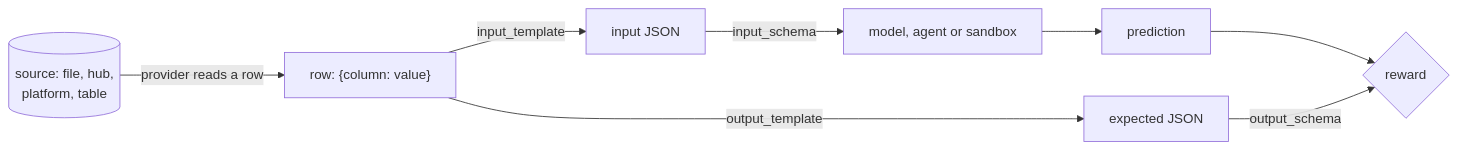
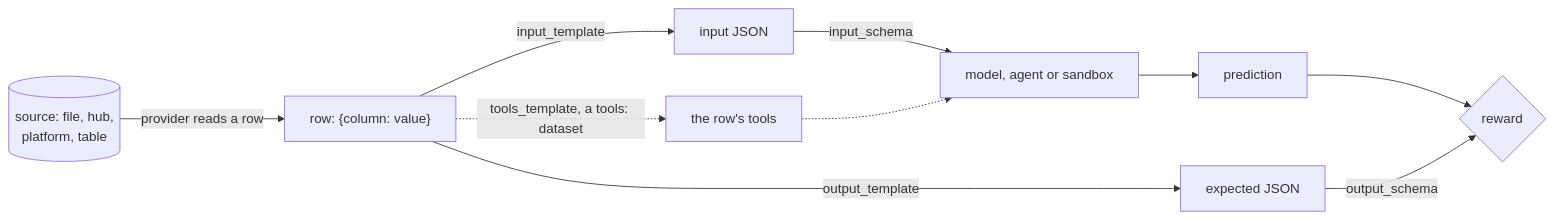
Before and after one commit to Atena-IT/open-arena: the first of 2 diagrams in docs/guides/datasets.md, drawn with Mermaid. The commit also changed other lines of this file and 24 other files, not shown here.

````diff
--- a/docs/guides/datasets.md
+++ b/docs/guides/datasets.md
@@ -10,10 +10,12 @@
 ```mermaid
 flowchart LR
   S[(source: file, hub,<br/>platform, table)] -->|provider reads a row| R["row: {column: value}"]
   R -->|input_template| I[input JSON]
   R -->|output_template| O[expected JSON]
+  R -.->|tools_template, a tools: dataset| T[the row's tools]
   I -->|input_schema| M[model, agent or sandbox]
+  T -.-> M
   M --> P[prediction]
   P --> W{reward}
   O -->|output_schema| W
 ```
````
